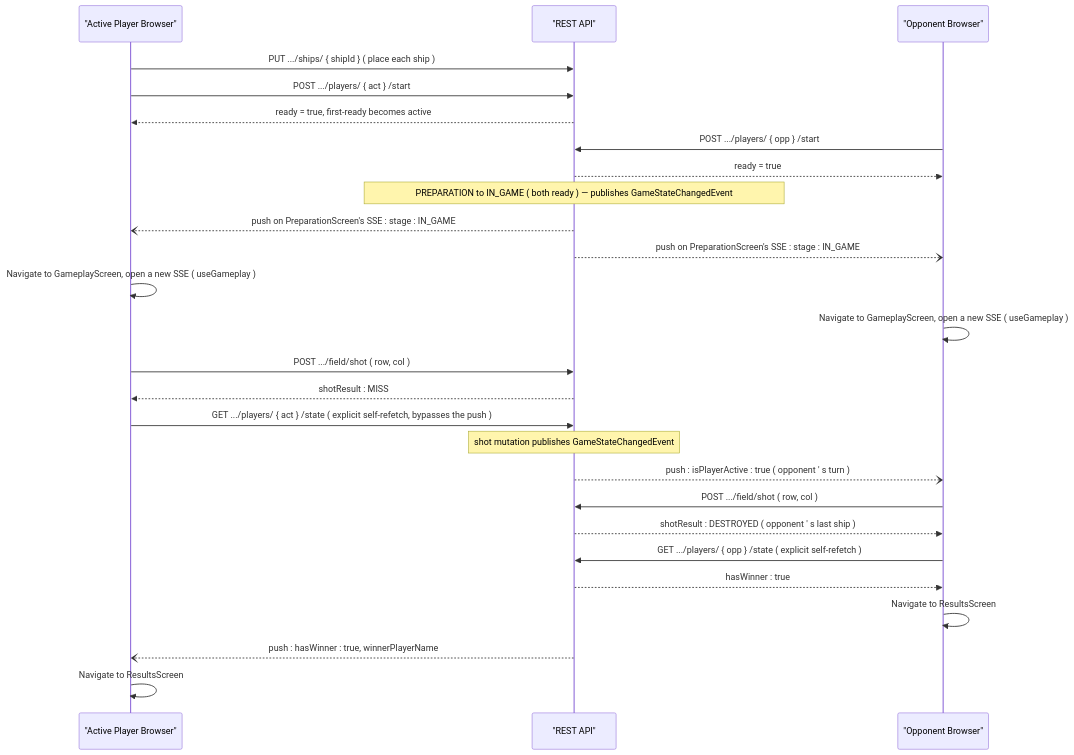
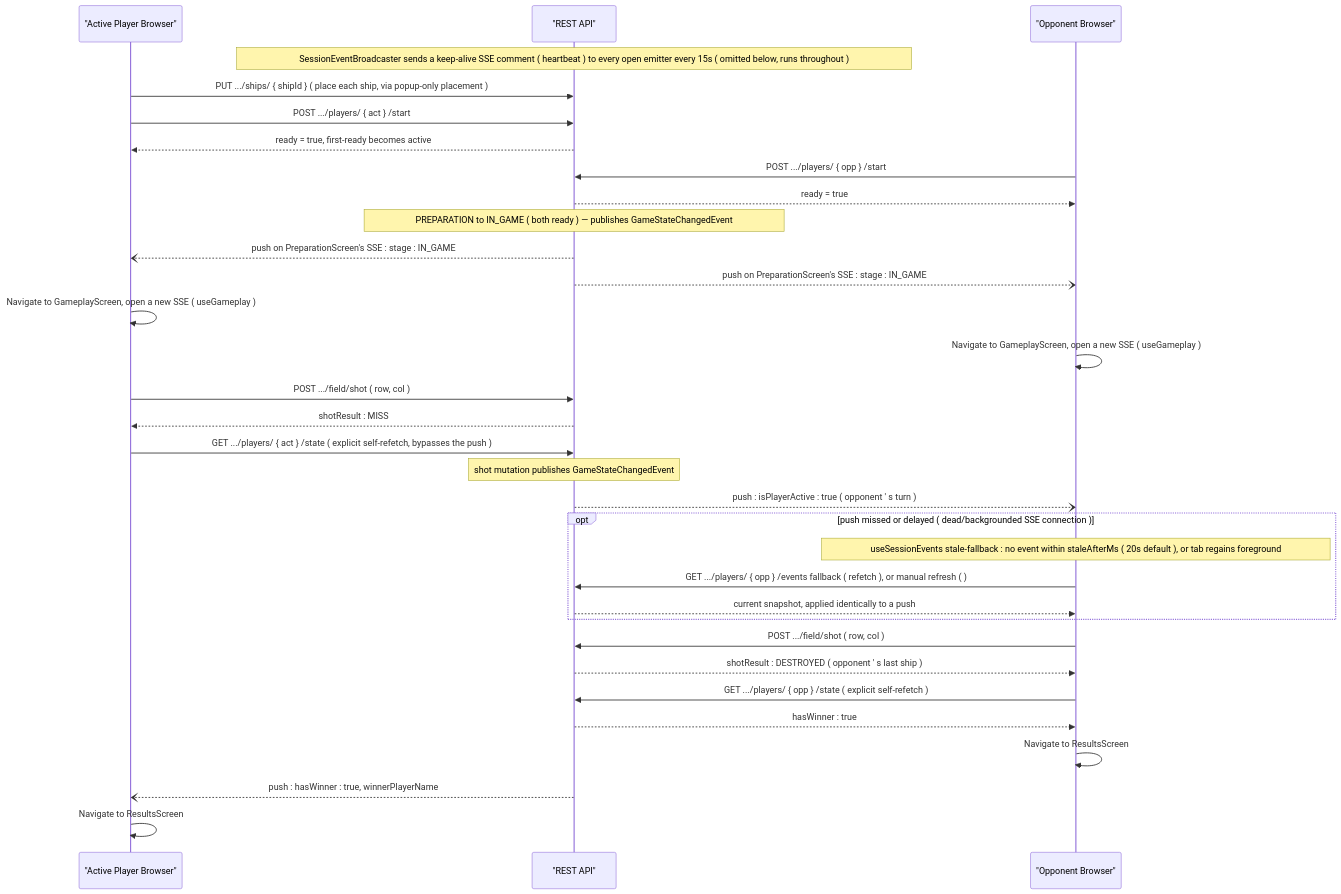
Before and after one commit to sanyokkua/battleship_java: the third of 3 diagrams in docs/architecture.md, drawn with Mermaid. The commit also changed other lines of this file and 93 other files, not shown here.

First line of the commit message:
feat: improve mobile gameplay and harden session events

````diff
--- a/docs/architecture.md
+++ b/docs/architecture.md
@@ -146,28 +157,34 @@
 ```mermaid
 sequenceDiagram
     participant act as "Active Player Browser"
     participant api as "REST API"
     participant opp as "Opponent Browser"
-    act ->> api: PUT .../ships/ #123; shipId #125; #40; place each ship #41;
+    Note over api: SessionEventBroadcaster sends a keep-alive SSE comment #40; heartbeat #41; to every open emitter every 15s #40; omitted below, runs throughout #41;
+    act ->> api: PUT .../ships/ #123; shipId #125; #40; place each ship, via popup-only placement #41;
     act ->> api: POST .../players/ #123; act #125; /start
     api -->> act: ready #61; true, first-ready becomes active
     opp ->> api: POST .../players/ #123; opp #125; /start
     api -->> opp: ready #61; true
     Note over api: PREPARATION to IN_GAME #40; both ready #41; #8212; publishes GameStateChangedEvent
     api --) act: push on PreparationScreen's SSE #58; stage #58; IN_GAME
     api --) opp: push on PreparationScreen's SSE #58; stage #58; IN_GAME
     act ->> act: Navigate to GameplayScreen, open a new SSE #40; useGameplay #41;
     opp ->> opp: Navigate to GameplayScreen, open a new SSE #40; useGameplay #41;
     act ->> api: POST .../field/shot #40; row, col #41;
     api -->> act: shotResult #58; MISS
     act ->> api: GET .../players/ #123; act #125; /state #40; explicit self-refetch, bypasses the push #41;
     Note over api: shot mutation publishes GameStateChangedEvent
     api --) opp: push #58; isPlayerActive #58; true #40; opponent #39; s turn #41;
+    opt push missed or delayed #40; dead/backgrounded SSE connection #41;
+        Note over opp: useSessionEvents stale-fallback #58; no event within staleAfterMs #40; 20s default #41;, or tab regains foreground
+        opp ->> api: GET .../players/ #123; opp #125; /events fallback #40; refetch #41;, or manual refresh #40; #41;
+        api -->> opp: current snapshot, applied identically to a push
+    end
     opp ->> api: POST .../field/shot #40; row, col #41;
     api -->> opp: shotResult #58; DESTROYED #40; opponent #39; s last ship #41;
     opp ->> api: GET .../players/ #123; opp #125; /state #40; explicit self-refetch #41;
     api -->> opp: hasWinner #58; true
     opp ->> opp: Navigate to ResultsScreen
     api --) act: push #58; hasWinner #58; true, winnerPlayerName
     act ->> act: Navigate to ResultsScreen
 ```
````
